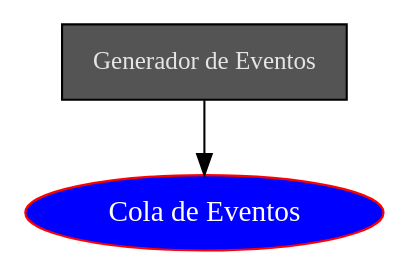
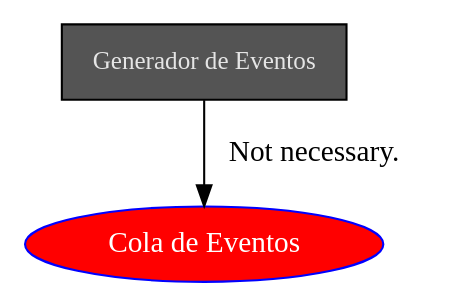
Before and after one commit to antoniocorbibellot/graphviz: the diagram in pde.gv, drawn with Graphviz.

Commit message:
Playing with options.

```diff
--- a/pde.gv
+++ b/pde.gv
@@ -1,9 +1,11 @@
 digraph pde {
-    ge [margin=0 width=1
-          fontcolor=gray90 fontsize=12
-          shape="rectangle" style=filled fillcolor=gray33
-          label="Generador de Eventos"];
-    ce [label="Cola de Eventos", style=filled fillcolor=blue color=red fontcolor=white];
-    ge -> ce;
-    
+    ge [margin = "0" width = "1"
+        fontcolor = "gray90" fontsize = "12"
+        shape = "rectangle" style = "filled" fillcolor = "gray33"
+        label = "Generador de Eventos"];
+    ce [label = "Cola de Eventos"
+        style = "filled" fillcolor = "red"
+        color = "blue" fontcolor = "white"];
+
+    ge -> ce [label="Not necessary."];
 }
```
